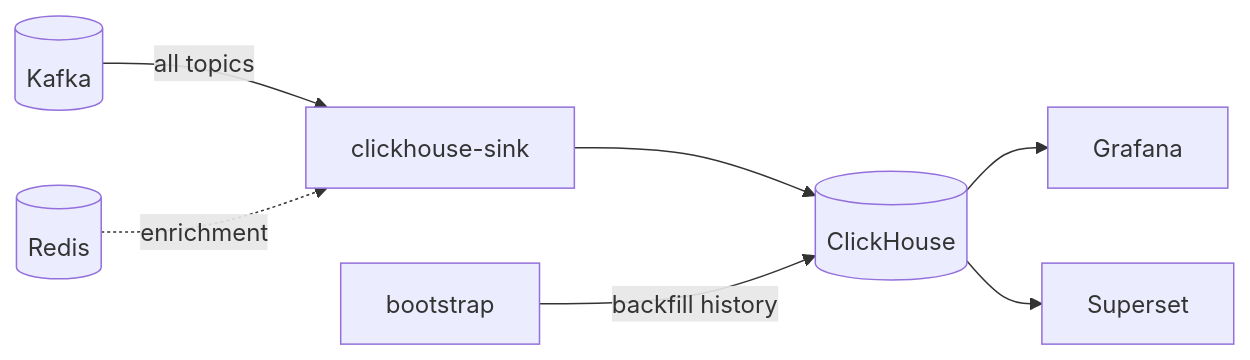
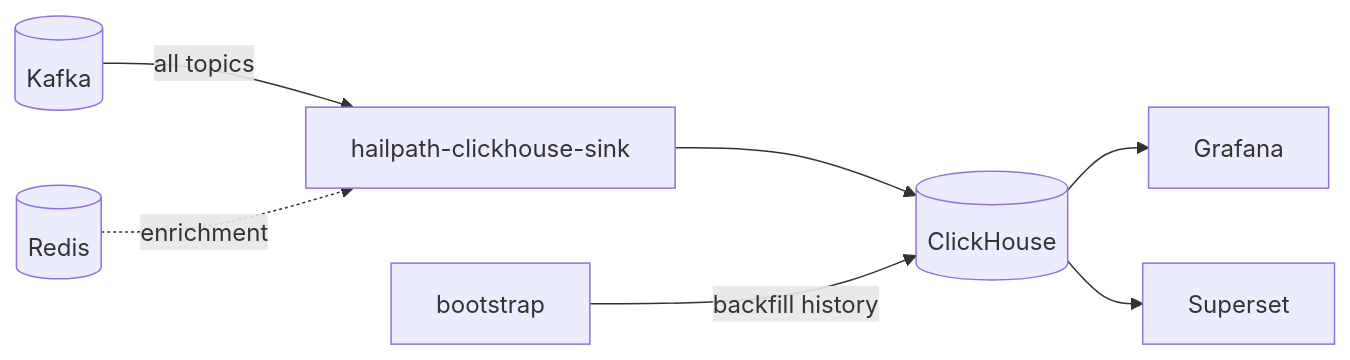
The fourth of 9 diagrams in README.md (bahman-farhadian/Meanul-Data-Studio), drawn with Mermaid before and after one commit. The commit also changed other lines of this file and 114 other files, not shown here.

````diff
--- a/README.md
+++ b/README.md
@@ -254,17 +251,17 @@
 ```mermaid
 graph LR
     KAFKA[("Kafka")]
     REDIS[("Redis")]
-    SINK["clickhouse-sink"]
+    SINK["hailpath-clickhouse-sink"]
     CH[("ClickHouse")]
     BOOT["bootstrap"]
     GRAF["Grafana"]
     SUPER["Superset"]
 
     KAFKA -->|"all topics"| SINK
     REDIS -.->|"enrichment"| SINK
     SINK --> CH
     BOOT -->|"backfill history"| CH
     CH --> GRAF
     CH --> SUPER
 ```
````
